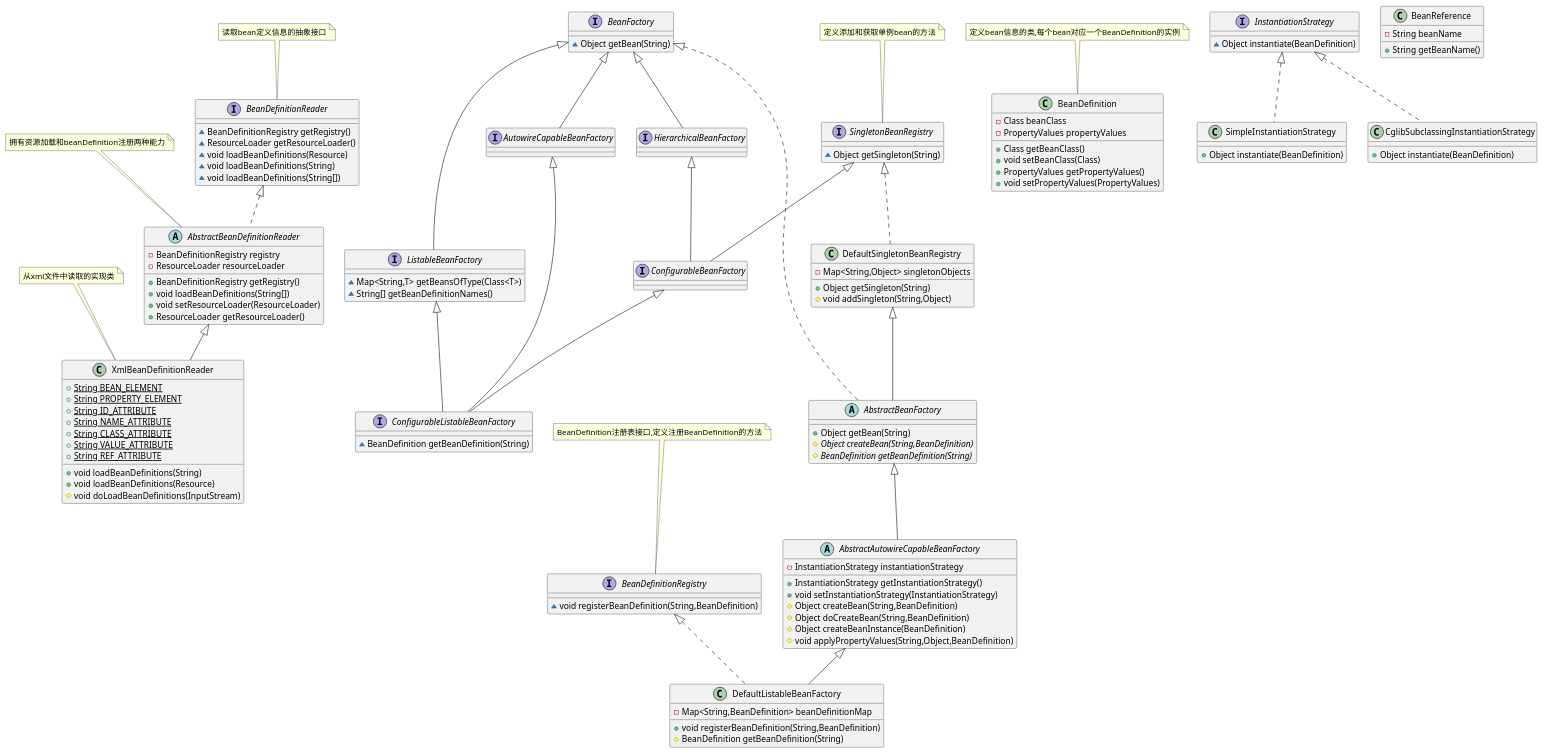
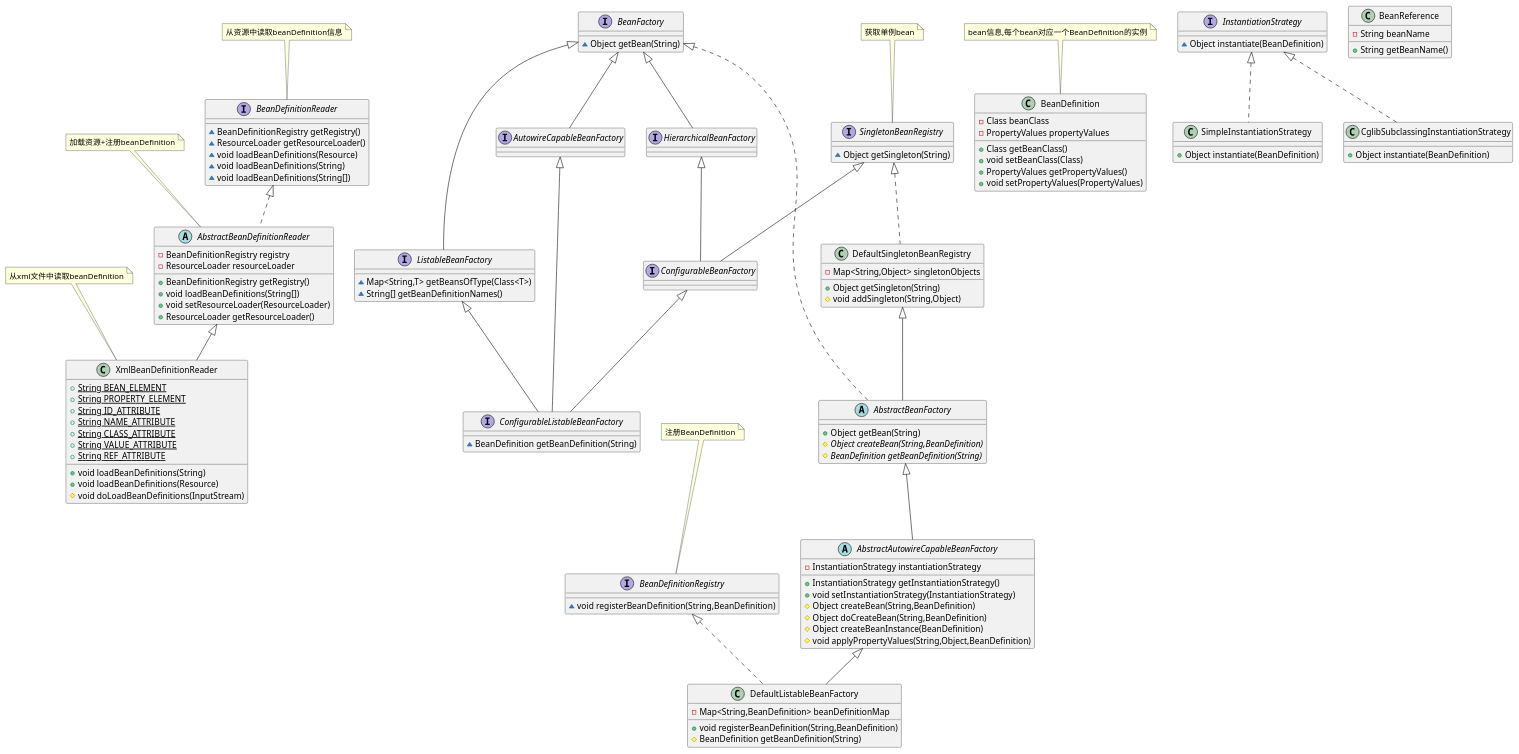
The diagram in src/main/resources/beanFactory.puml (Zhou-Ru-Xuan/minispring), drawn with PlantUML before and after one commit.

Commit message:
给类图补充注释

```diff
--- a/src/main/resources/beanFactory.puml
+++ b/src/main/resources/beanFactory.puml
@@ -1,146 +1,146 @@
 @startuml
 interface BeanDefinitionReader {
 ~ BeanDefinitionRegistry getRegistry()
 ~ ResourceLoader getResourceLoader()
 ~ void loadBeanDefinitions(Resource)
 ~ void loadBeanDefinitions(String)
 ~ void loadBeanDefinitions(String[])
 }
-note top:读取bean定义信息的抽象接口
+note top:从资源中读取beanDefinition信息
 
 abstract class AbstractBeanDefinitionReader {
 - BeanDefinitionRegistry registry
 - ResourceLoader resourceLoader
 + BeanDefinitionRegistry getRegistry()
 + void loadBeanDefinitions(String[])
 + void setResourceLoader(ResourceLoader)
 + ResourceLoader getResourceLoader()
 }
-note top:拥有资源加载和beanDefinition注册两种能力
+note top: 加载资源+注册beanDefinition
 
 
 interface ListableBeanFactory {
 ~ Map<String,T> getBeansOfType(Class<T>)
 ~ String[] getBeanDefinitionNames()
 }
 
 class BeanDefinition {
 - Class beanClass
 - PropertyValues propertyValues
 + Class getBeanClass()
 + void setBeanClass(Class)
 + PropertyValues getPropertyValues()
 + void setPropertyValues(PropertyValues)
 }
-note top:定义bean信息的类,每个bean对应一个BeanDefinition的实例
+note top:bean信息,每个bean对应一个BeanDefinition的实例
 
 
 class SimpleInstantiationStrategy {
 + Object instantiate(BeanDefinition)
 }
 
 interface InstantiationStrategy {
 ~ Object instantiate(BeanDefinition)
 }
 
 interface BeanFactory {
 ~ Object getBean(String)
 }
 
 class BeanReference {
 - String beanName
 + String getBeanName()
 }
 
 
 class CglibSubclassingInstantiationStrategy {
 + Object instantiate(BeanDefinition)
 }
 
 class DefaultListableBeanFactory {
 - Map<String,BeanDefinition> beanDefinitionMap
 + void registerBeanDefinition(String,BeanDefinition)
 # BeanDefinition getBeanDefinition(String)
 }
 
 
 interface AutowireCapableBeanFactory {
 }
 interface ConfigurableBeanFactory {
 }
 interface SingletonBeanRegistry {
 ~ Object getSingleton(String)
 }
-note top:定义添加和获取单例bean的方法
+note top:获取单例bean
 
 interface BeanDefinitionRegistry {
 ~ void registerBeanDefinition(String,BeanDefinition)
 }
-note top:BeanDefinition注册表接口,定义注册BeanDefinition的方法
+note top:注册BeanDefinition
 
 abstract class AbstractBeanFactory {
 + Object getBean(String)
 # {abstract}Object createBean(String,BeanDefinition)
 # {abstract}BeanDefinition getBeanDefinition(String)
 }
 
 interface HierarchicalBeanFactory {
 }
 class DefaultSingletonBeanRegistry {
 - Map<String,Object> singletonObjects
 + Object getSingleton(String)
 # void addSingleton(String,Object)
 }
 
 
 abstract class AbstractAutowireCapableBeanFactory {
 - InstantiationStrategy instantiationStrategy
 + InstantiationStrategy getInstantiationStrategy()
 + void setInstantiationStrategy(InstantiationStrategy)
 # Object createBean(String,BeanDefinition)
 # Object doCreateBean(String,BeanDefinition)
 # Object createBeanInstance(BeanDefinition)
 # void applyPropertyValues(String,Object,BeanDefinition)
 }
 
 
 class XmlBeanDefinitionReader {
 + {static} String BEAN_ELEMENT
 + {static} String PROPERTY_ELEMENT
 + {static} String ID_ATTRIBUTE
 + {static} String NAME_ATTRIBUTE
 + {static} String CLASS_ATTRIBUTE
 + {static} String VALUE_ATTRIBUTE
 + {static} String REF_ATTRIBUTE
 + void loadBeanDefinitions(String)
 + void loadBeanDefinitions(Resource)
 # void doLoadBeanDefinitions(InputStream)
 }
-note top:从xml文件中读取的实现类
+note top:从xml文件中读取beanDefinition
 
 
 interface ConfigurableListableBeanFactory {
 ~ BeanDefinition getBeanDefinition(String)
 }
 
 
 
 BeanDefinitionReader <|.. AbstractBeanDefinitionReader
 BeanFactory <|-- ListableBeanFactory
 InstantiationStrategy <|.. SimpleInstantiationStrategy
 InstantiationStrategy <|.. CglibSubclassingInstantiationStrategy
 BeanDefinitionRegistry <|.. DefaultListableBeanFactory
 AbstractAutowireCapableBeanFactory <|-- DefaultListableBeanFactory
 BeanFactory <|-- AutowireCapableBeanFactory
 HierarchicalBeanFactory <|-- ConfigurableBeanFactory
 SingletonBeanRegistry <|-- ConfigurableBeanFactory
 BeanFactory <|.. AbstractBeanFactory
 DefaultSingletonBeanRegistry <|-- AbstractBeanFactory
 BeanFactory <|-- HierarchicalBeanFactory
 SingletonBeanRegistry <|.. DefaultSingletonBeanRegistry
 AbstractBeanFactory <|-- AbstractAutowireCapableBeanFactory
 AbstractBeanDefinitionReader <|-- XmlBeanDefinitionReader
 ListableBeanFactory <|-- ConfigurableListableBeanFactory
 AutowireCapableBeanFactory <|-- ConfigurableListableBeanFactory
 ConfigurableBeanFactory <|-- ConfigurableListableBeanFactory
 @enduml
```
